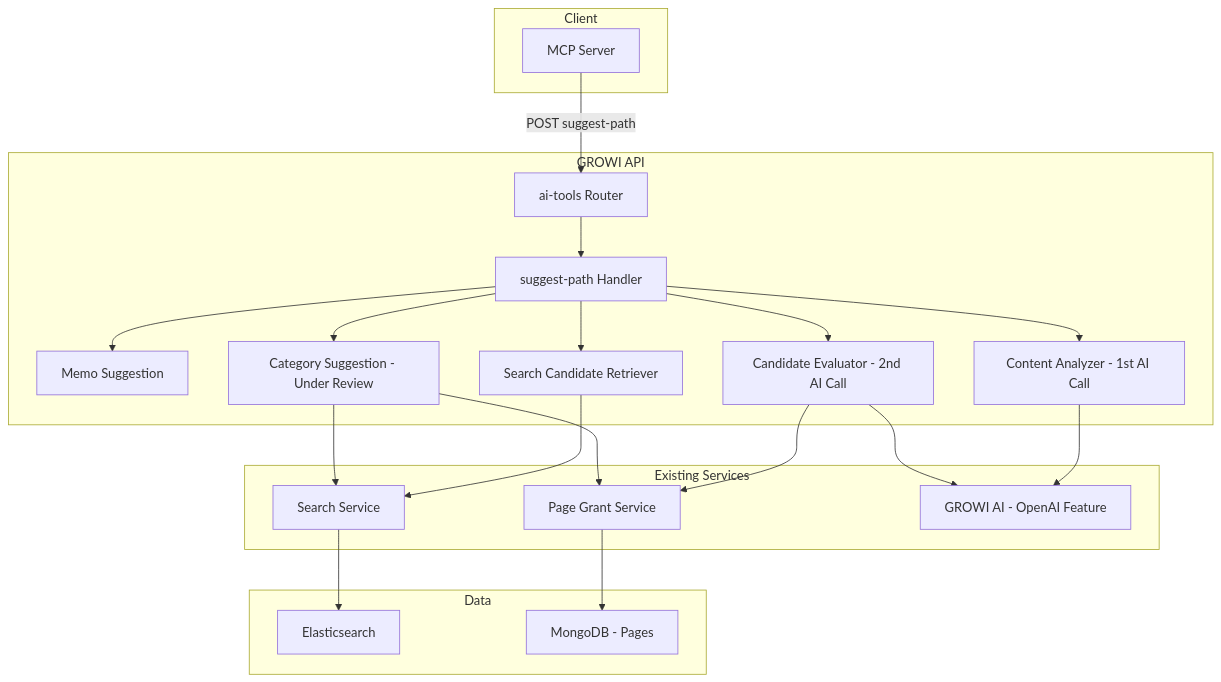
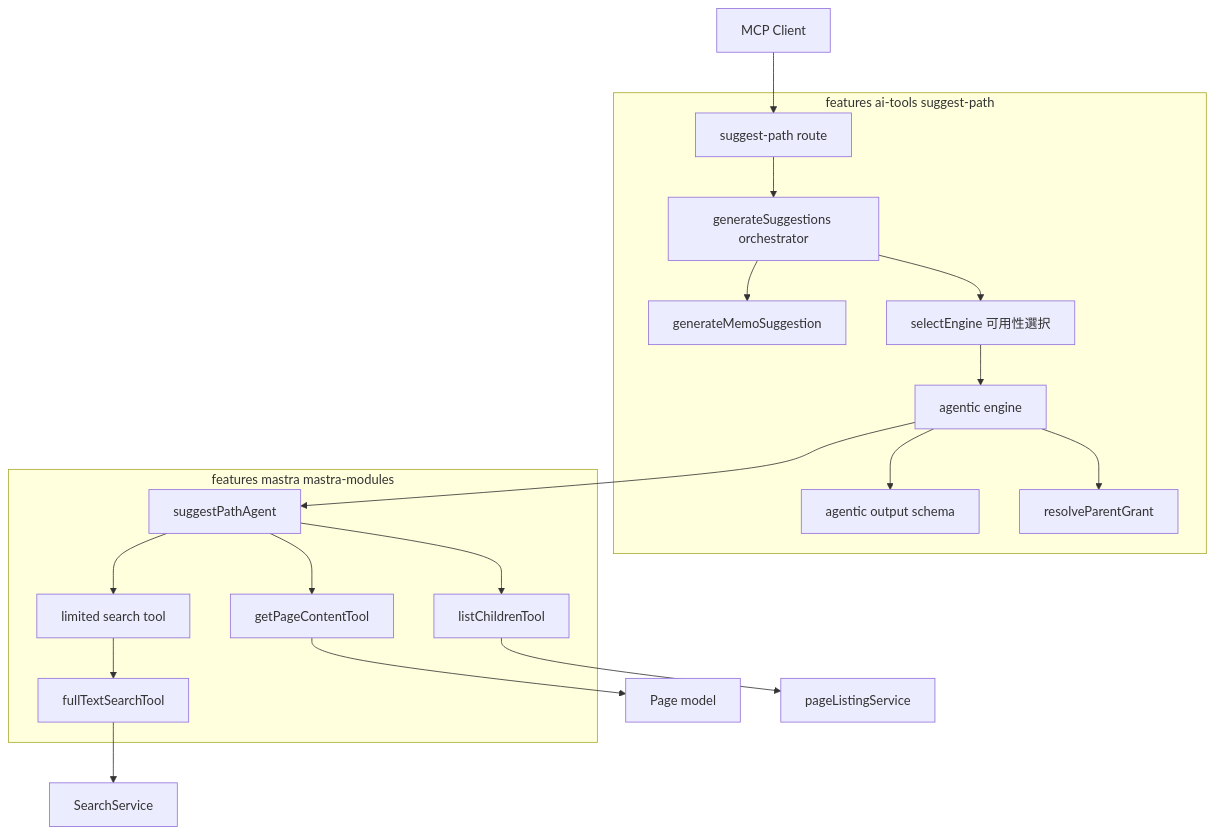
One commit to growilabs/growi changed the diagram in .kiro/specs/suggest-path/design.md. Above: the diagram before and after it, drawn with Mermaid. The commit also changed other lines of this file and 10 other files, not shown here.

First line of the commit message:
docs(specs): merge suggest-path-agentic into suggest-path

````diff
--- a/.kiro/specs/suggest-path/design.md
+++ b/.kiro/specs/suggest-path/design.md
@@ -30,43 +94,36 @@
 ```mermaid
 graph TB
-    subgraph Client
-        MCP[MCP Server]
+    Client[MCP Client] --> Route[suggest-path route]
+    Route --> Orch[generateSuggestions orchestrator]
+    Orch --> Memo[generateMemoSuggestion]
+    Orch --> Sel[selectEngine 可用性選択]
+    Sel --> AgenticEng[agentic engine]
+    AgenticEng --> Schema[agentic output schema]
+    AgenticEng --> Agent[suggestPathAgent]
+    AgenticEng --> Grant[resolveParentGrant]
+    Agent --> Limited[limited search tool]
+    Agent --> PageTool[getPageContentTool]
+    Agent --> ListChildren[listChildrenTool]
+    Limited --> FullText[fullTextSearchTool]
+    FullText --> ES[SearchService]
+    PageTool --> Mongo[Page model]
+    ListChildren --> PageListing[pageListingService]
+
+    subgraph aitools [features ai-tools suggest-path]
+        Route
+        Orch
+        Memo
+        Sel
+        AgenticEng
+        Schema
+        Grant
     end
 
-    subgraph GROWI_API[GROWI API]
-        Router[ai-tools Router]
-        Handler[suggest-path Handler]
-        MemoGen[Memo Suggestion]
-        Analyzer[Content Analyzer - 1st AI Call]
-        Retriever[Search Candidate Retriever]
-        Evaluator[Candidate Evaluator - 2nd AI Call]
-        CategoryGen[Category Suggestion - Under Review]
+    subgraph mastra [features mastra mastra-modules]
+        Agent
+        Limited
+        FullText
+        PageTool
+        ListChildren
     end
-
-    subgraph Existing[Existing Services]
-        SearchSvc[Search Service]
-        GrantSvc[Page Grant Service]
-        AIFeature[GROWI AI - OpenAI Feature]
-    end
-
-    subgraph Data
-        ES[Elasticsearch]
-        Mongo[MongoDB - Pages]
-    end
-
-    MCP -->|POST suggest-path| Router
-    Router --> Handler
-    Handler --> MemoGen
-    Handler --> Analyzer
-    Analyzer --> AIFeature
-    Handler --> Retriever
-    Retriever --> SearchSvc
-    Handler --> Evaluator
-    Evaluator --> AIFeature
-    Handler --> CategoryGen
-    CategoryGen --> SearchSvc
-    SearchSvc --> ES
-    Evaluator --> GrantSvc
-    CategoryGen --> GrantSvc
-    GrantSvc --> Mongo
 ```
````
